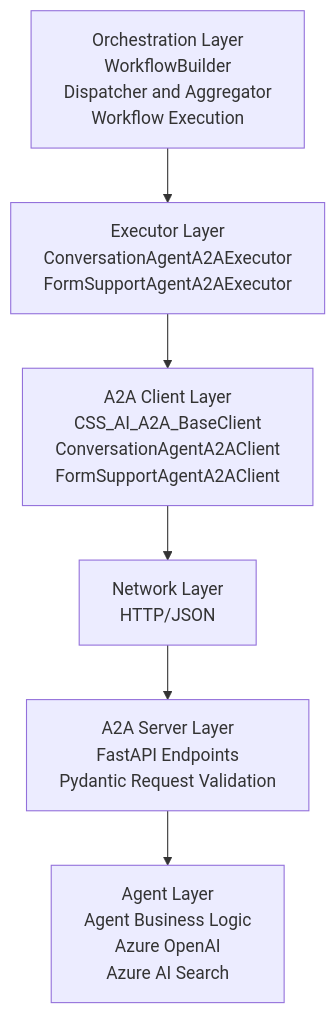
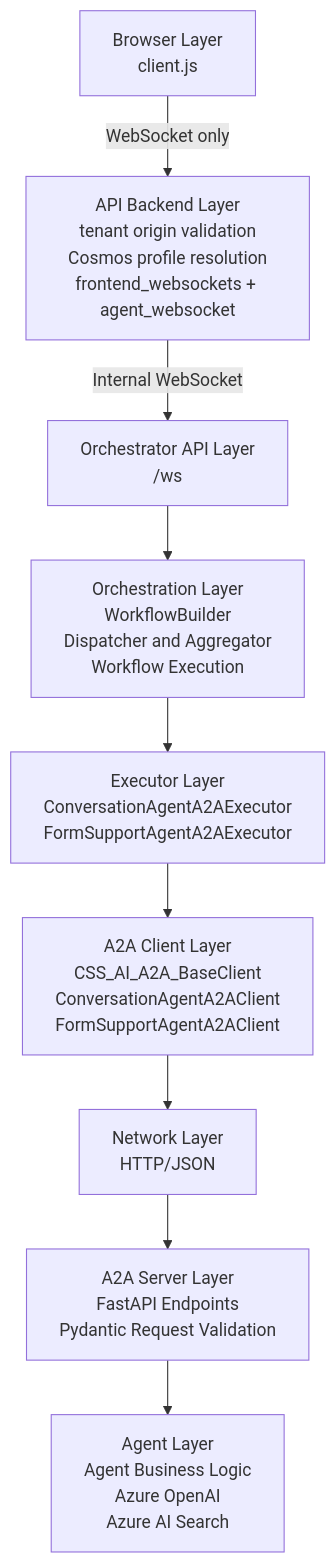
One commit to bcgov/nr-ai-form changed the second of 4 diagrams in agentic_ai_backend/README.md. Above: the diagram before and after it, drawn with Mermaid. The commit also changed other lines of this file and 19 other files, not shown here.

````diff
--- a/agentic_ai_backend/README.md
+++ b/agentic_ai_backend/README.md
@@ -70,11 +78,17 @@
 ```mermaid
 flowchart TD
+    Browser[Browser Layer<br/>client.js]
+    Gateway[API Backend Layer<br/>tenant origin validation<br/>Cosmos profile resolution<br/>frontend_websockets + agent_websocket]
+    OrchestratorApi[Orchestrator API Layer<br/>/ws]
     Orchestration[Orchestration Layer<br/>WorkflowBuilder<br/>Dispatcher and Aggregator<br/>Workflow Execution]
     Executor[Executor Layer<br/>ConversationAgentA2AExecutor<br/>FormSupportAgentA2AExecutor]
     Client[A2A Client Layer<br/>CSS_AI_A2A_BaseClient<br/>ConversationAgentA2AClient<br/>FormSupportAgentA2AClient]
     Network[Network Layer<br/>HTTP/JSON]
     Server[A2A Server Layer<br/>FastAPI Endpoints<br/>Pydantic Request Validation]
     Agent[Agent Layer<br/>Agent Business Logic<br/>Azure OpenAI<br/>Azure AI Search]
 
+    Browser -->|WebSocket only| Gateway
+    Gateway -->|Internal WebSocket| OrchestratorApi
+    OrchestratorApi --> Orchestration
     Orchestration --> Executor --> Client --> Network --> Server --> Agent
 ```
````
